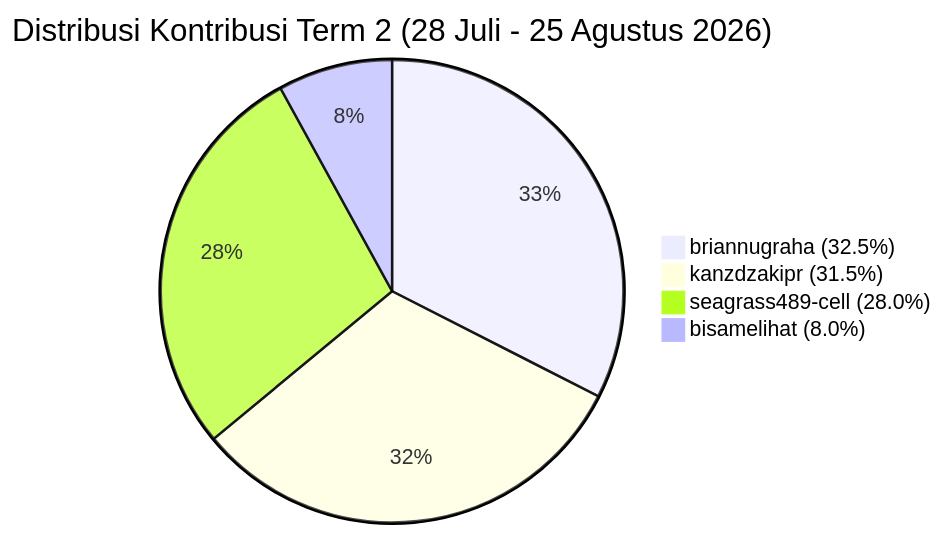
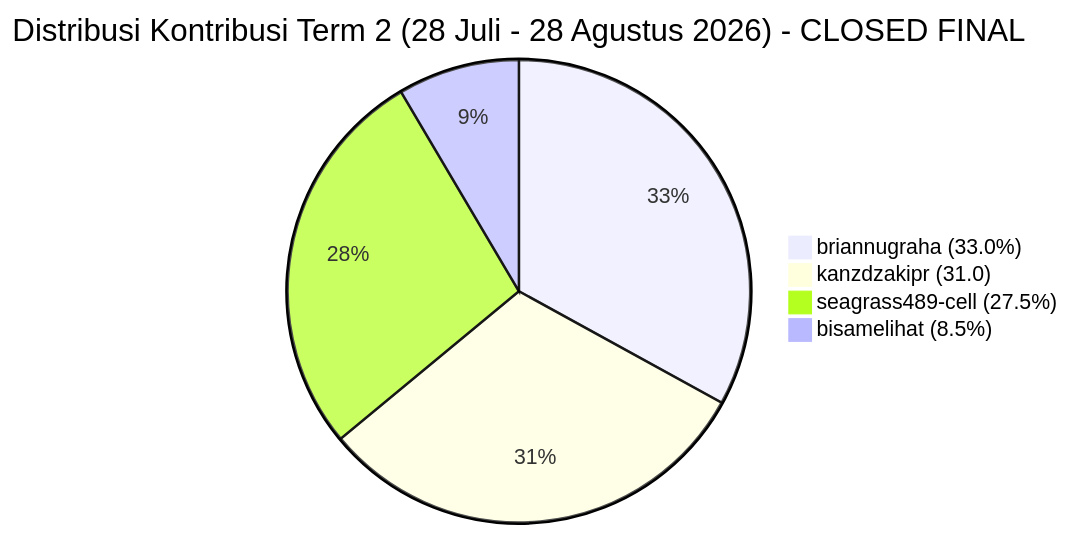
The third of 3 diagrams in KONTRIBUSI_TIM.md (kanzdzakipr/ServicePlan-BRA), drawn with Mermaid before and after one commit. The commit also changed other lines of this file, not shown here.

Commit message:
update kontribusi tim per 28 agustus (close term 2)

````diff
--- a/KONTRIBUSI_TIM.md
+++ b/KONTRIBUSI_TIM.md
@@ -93,7 +110,7 @@
 ```mermaid
-pie title Distribusi Kontribusi Term 2 (28 Juli - 25 Agustus 2026)
-    "briannugraha (32.5%)" : 32.5
-    "kanzdzakipr (31.5%)" : 31.5
-    "seagrass489-cell (28.0%)" : 28.0
-    "bisamelihat (8.0%)" : 8.0
+pie title Distribusi Kontribusi Term 2 (28 Juli - 28 Agustus 2026) - CLOSED FINAL
+    "briannugraha (33.0%)" : 33.0
+    "kanzdzakipr (31.0)" : 31.0
+    "seagrass489-cell (27.5%)" : 27.5
+    "bisamelihat (8.5%)" : 8.5
 ```
````
